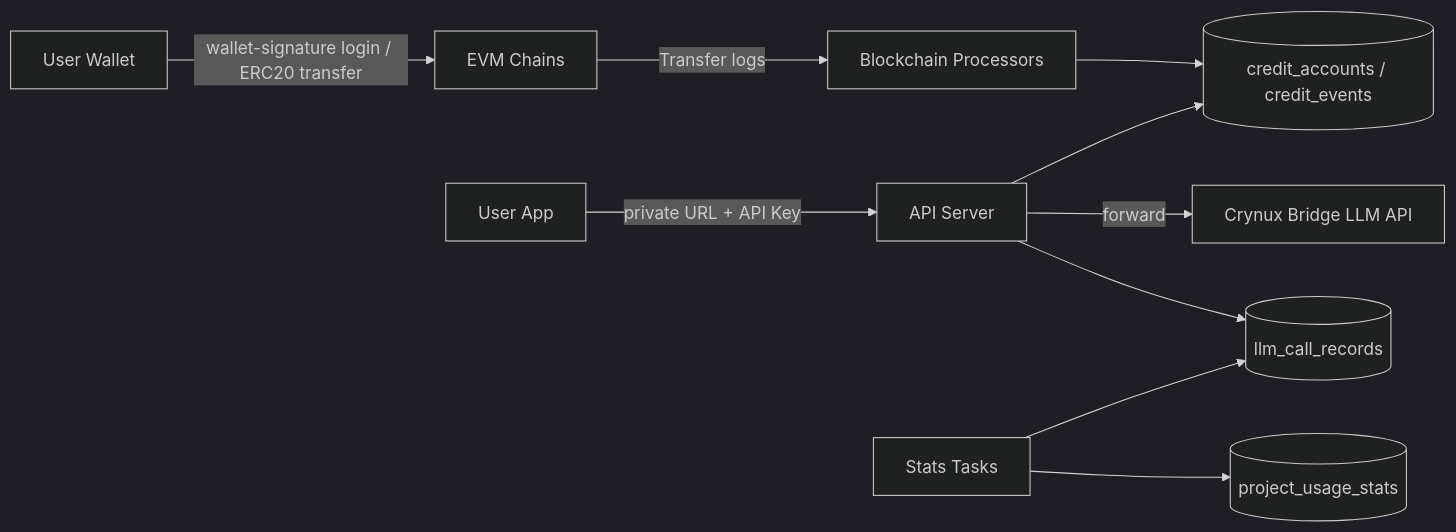
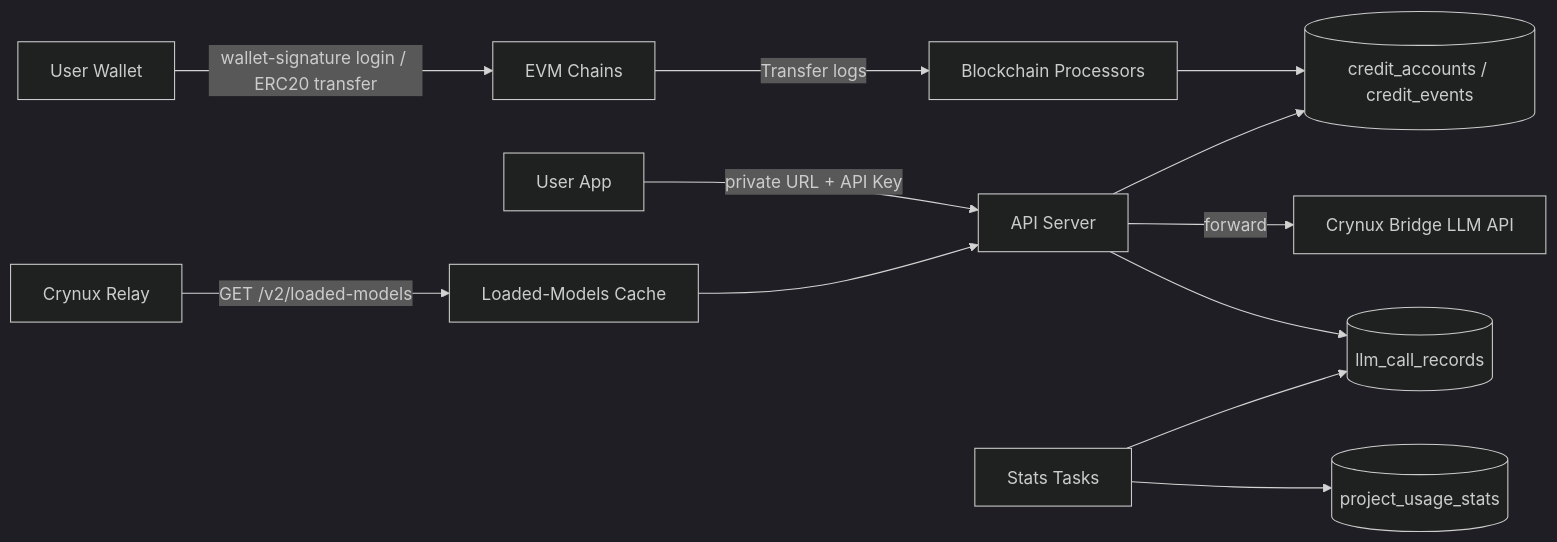
The diagram in docs/architecture.md (crynux-network/crynux-as), drawn with Mermaid (dark theme) before and after one commit. The commit also changed other lines of this file and 27 other files, not shown here.

Commit message:
[feature] /models api & charging based on vram selection

````diff
--- a/docs/architecture.md
+++ b/docs/architecture.md
@@ -9,12 +9,14 @@
 ```mermaid
 flowchart LR
   Wallet[User Wallet] -->|"wallet-signature login / ERC20 transfer"| Chain[EVM Chains]
   Client[User App] -->|"private URL + API Key"| API[API Server]
   Chain -->|"Transfer logs"| Scanner[Blockchain Processors]
   Scanner --> Ledger[(credit_accounts / credit_events)]
   API --> Ledger
   API -->|forward| Bridge[Crynux Bridge LLM API]
   API --> Records[(llm_call_records)]
+  Relay[Crynux Relay] -->|"GET /v2/loaded-models"| Cache[Loaded-Models Cache]
+  Cache --> API
   Stats[Stats Tasks] --> Records
   Stats --> Usage[(project_usage_stats)]
 ```
````
